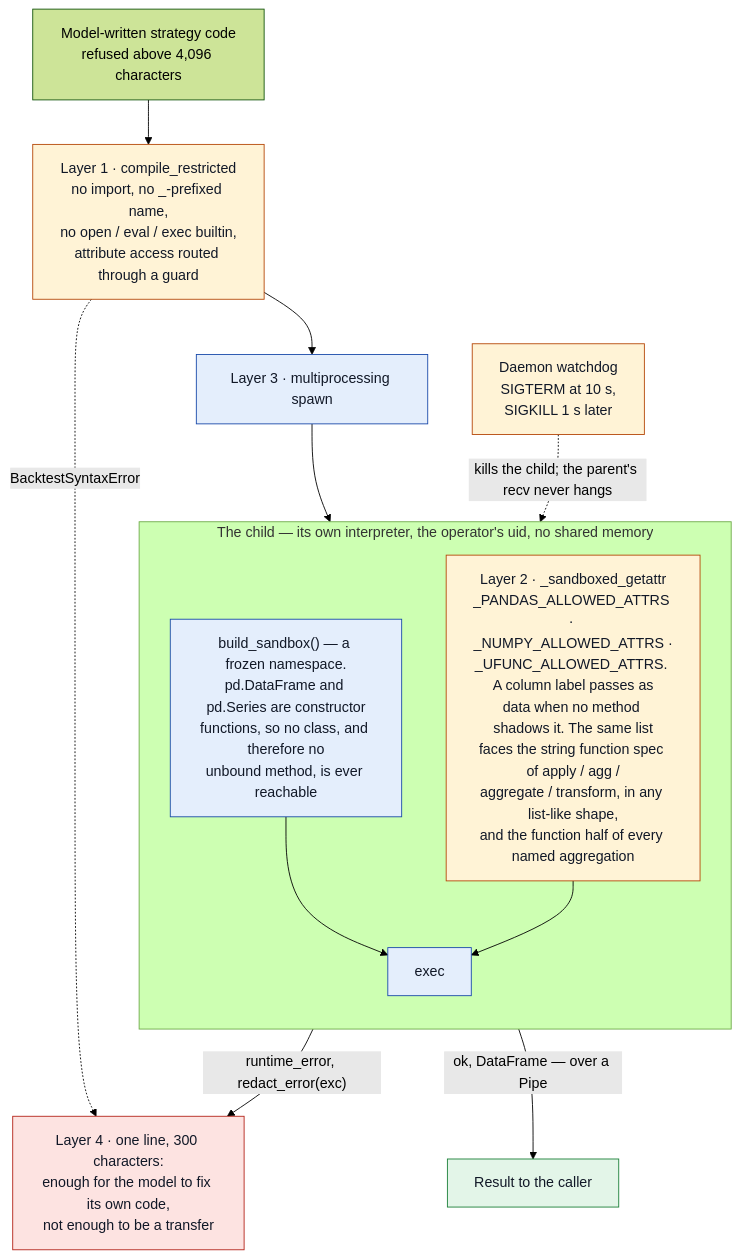
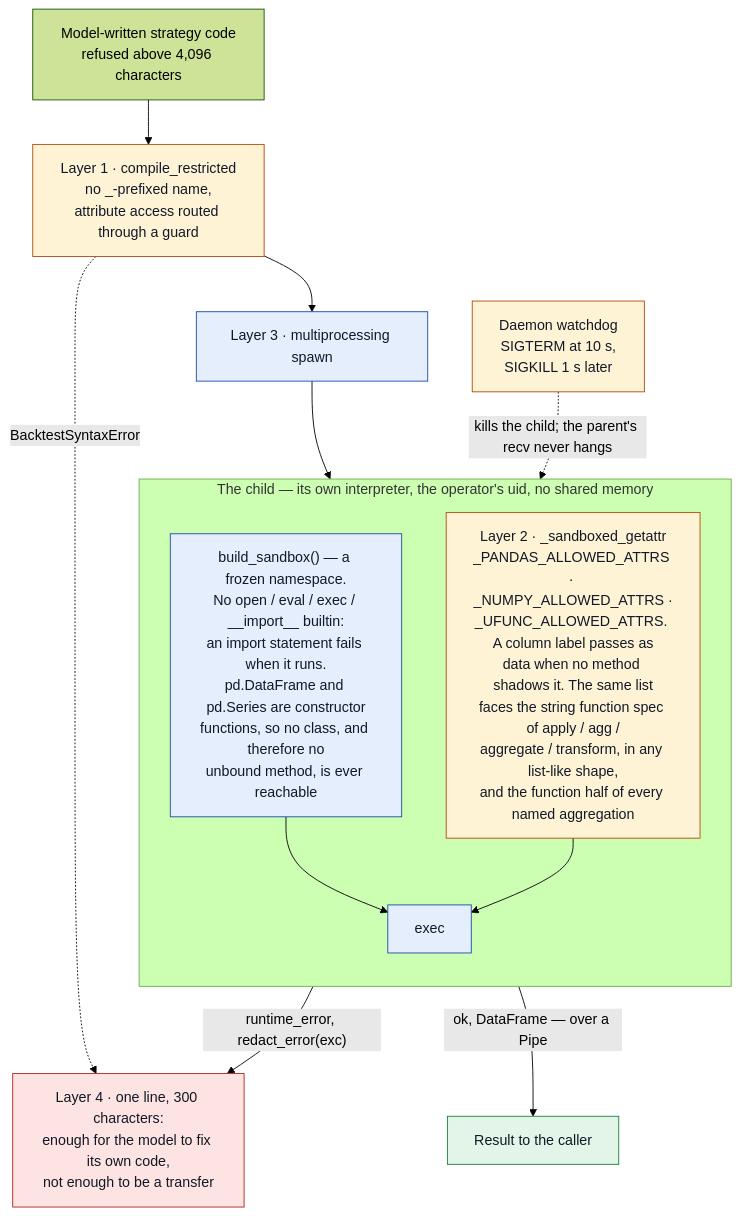
Before and after one commit to stephus182/ibkr_core_mcp: the third of 5 diagrams in docs/security-architecture.md, drawn with Mermaid (forest theme). The commit also changed other lines of this file and 9 other files, not shown here.

First line of the commit message:
fix(backtest): allowed operations whose C code asks for an import run in a fresh sandbox child (checklist B2a)

````diff
--- a/docs/security-architecture.md
+++ b/docs/security-architecture.md
@@ -349,33 +354,33 @@
 ```mermaid
 flowchart TB
     classDef guard fill:#fff3d6,stroke:#b54708,color:#111827
     classDef proc fill:#e4eefc,stroke:#1849a9,color:#111827
     classDef out fill:#e3f5e8,stroke:#1a7f37,color:#111827
     classDef stop fill:#fde3e1,stroke:#b42318,color:#111827
 
     CODE["Model-written strategy code<br/>refused above 4,096 characters"]
-    CR["Layer 1 · compile_restricted<br/>no import, no _-prefixed name,<br/>no open / eval / exec builtin,<br/>attribute access routed through a guard"]
+    CR["Layer 1 · compile_restricted<br/>no _-prefixed name,<br/>attribute access routed through a guard"]
     SPAWN["Layer 3 · multiprocessing spawn"]
     CODE --> CR
     CR -. "BacktestSyntaxError" .-> ERR
     CR --> SPAWN
 
     subgraph CHILD["The child — its own interpreter, the operator's uid, no shared memory"]
         direction TB
-        NS["build_sandbox() — a frozen namespace.<br/>pd.DataFrame and pd.Series are constructor<br/>functions, so no class, and therefore no<br/>unbound method, is ever reachable"]
+        NS["build_sandbox() — a frozen namespace.<br/>No open / eval / exec / __import__ builtin:<br/>an import statement fails when it runs.<br/>pd.DataFrame and pd.Series are constructor<br/>functions, so no class, and therefore no<br/>unbound method, is ever reachable"]
         GA["Layer 2 · _sandboxed_getattr<br/>_PANDAS_ALLOWED_ATTRS · _NUMPY_ALLOWED_ATTRS ·<br/>_UFUNC_ALLOWED_ATTRS. A column label passes as<br/>data when no method shadows it. The same list<br/>faces the string function spec of apply / agg /<br/>aggregate / transform, in any list-like shape,<br/>and the function half of every named aggregation"]
         EX["exec"]
         NS --> EX
         GA --> EX
     end
 
     SPAWN --> CHILD
     WD["Daemon watchdog<br/>SIGTERM at 10 s,<br/>SIGKILL 1 s later"] -. "kills the child; the parent's recv never hangs" .-> CHILD
     EX -- "ok, DataFrame — over a Pipe" --> RES["Result to the caller"]
     EX -- "runtime_error, redact_error(exc)" --> ERR["Layer 4 · one line, 300 characters:<br/>enough for the model to fix its own code,<br/>not enough to be a transfer"]
 
     class CR,GA,WD guard
     class SPAWN,NS,EX proc
     class RES out
     class ERR stop
 ```
````
